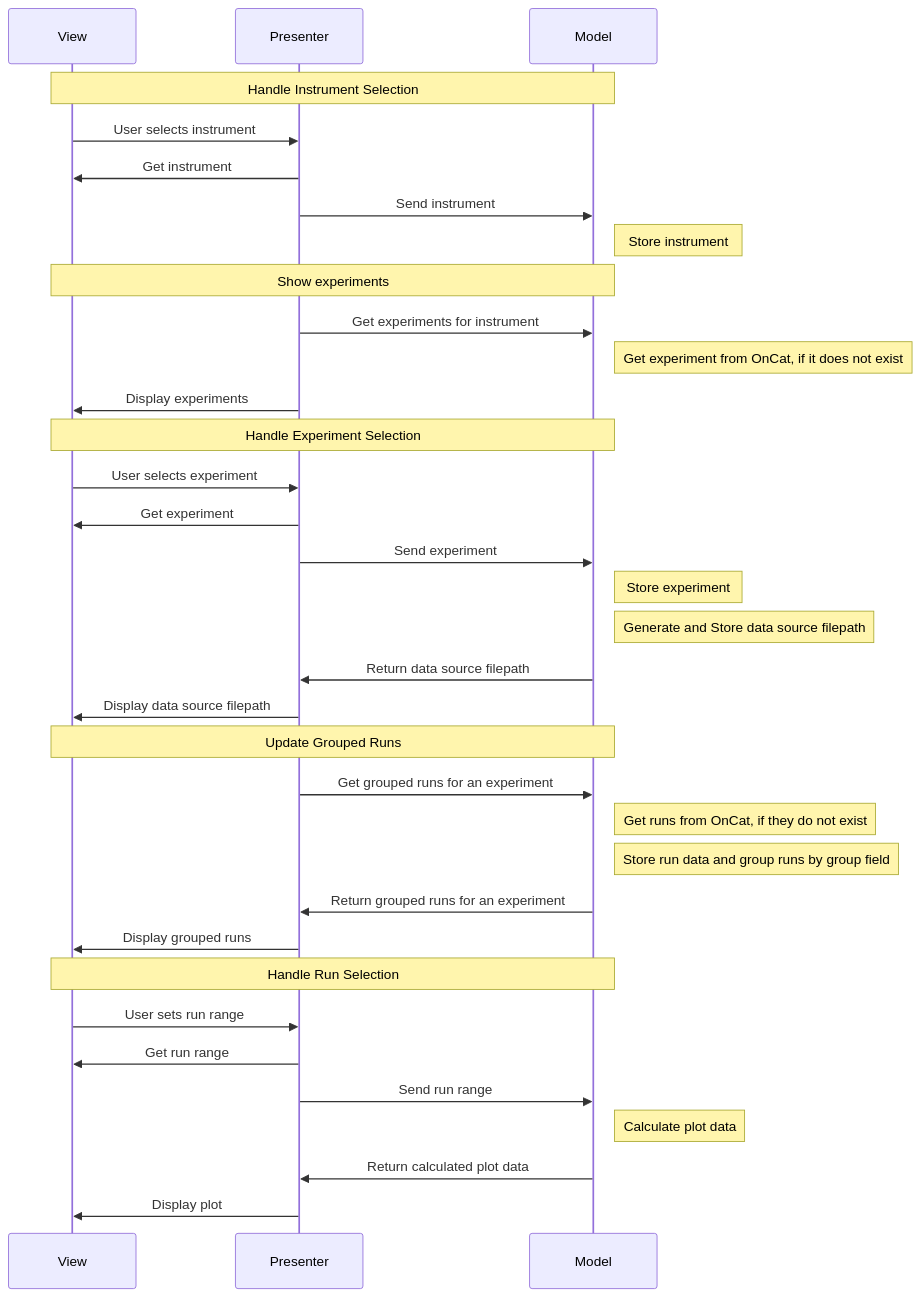
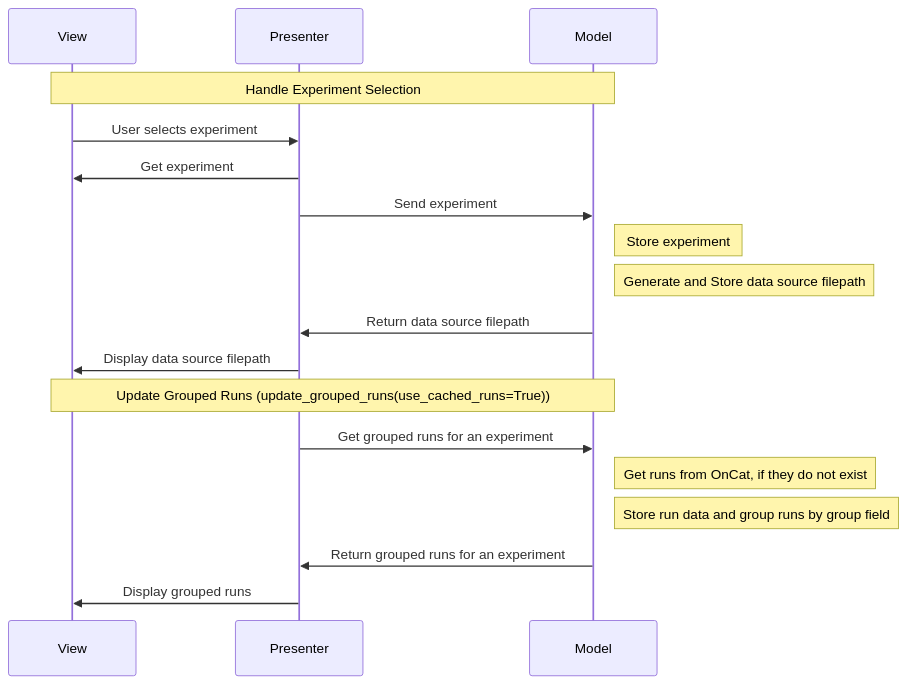
Before and after one commit to neutrons/garnet: the seventh of 9 diagrams in docs/source/design/oncat_mvp.rst, drawn with Mermaid. The commit also changed other lines of this file and 4 other files, not shown here.

```diff
--- a/docs/source/design/oncat_mvp.rst
+++ b/docs/source/design/oncat_mvp.rst
@@ -130,41 +179,21 @@
-.. mermaid::
+    .. mermaid::
 
-    sequenceDiagram
-        participant View
-        participant Presenter
-        participant Model
+        sequenceDiagram
+            participant View
+            participant Presenter
+            participant Model
+            Note over View,Model: Handle Experiment Selection
+            View->>Presenter: User selects experiment
+            Presenter->>View: Get experiment
+            Presenter->>Model: Send experiment
+            Note right of Model: Store experiment
+            Note right of Model: Generate and Store data source filepath
+            Model->>Presenter: Return data source filepath
+            Presenter->>View: Display data source filepath
 
-        Note over View,Model: Handle Instrument Selection
-        View->>Presenter: User selects instrument
-        Presenter->>View: Get instrument
-        Presenter->>Model: Send instrument
-        Note right of Model: Store instrument
-
-        Note over View,Model: Show experiments
-        Presenter->>Model: Get experiments for instrument
-        Note right of Model: Get experiment from OnCat, if it does not exist
-        Presenter->>View: Display experiments
-
-        Note over View,Model: Handle Experiment Selection
-        View->>Presenter: User selects experiment
-        Presenter->>View: Get experiment
-        Presenter->>Model: Send experiment
-        Note right of Model: Store experiment
-        Note right of Model: Generate and Store data source filepath
-        Model->>Presenter: Return data source filepath
-        Presenter->>View: Display data source filepath
-
-        Note over View,Model: Update Grouped Runs
-        Presenter->>Model: Get grouped runs for an experiment
-        Note right of Model: Get runs from OnCat, if they do not exist
-        Note right of Model: Store run data and group runs by group field
-        Model->>Presenter: Return grouped runs for an experiment
-        Presenter->>View: Display grouped runs
-
-        Note over View,Model: Handle Run Selection
-        View->>Presenter: User sets run range
-        Presenter->>View: Get run range
-        Presenter->>Model: Send run range
-        Note right of Model: Calculate plot data
-        Model->>Presenter: Return calculated plot data
-        Presenter->>View: Display plot
+            Note over View,Model: Update Grouped Runs (update_grouped_runs(use_cached_runs=True))
+            Presenter->>Model: Get grouped runs for an experiment
+            Note right of Model: Get runs from OnCat, if they do not exist
+            Note right of Model: Store run data and group runs by group field
+            Model->>Presenter: Return grouped runs for an experiment
+            Presenter->>View: Display grouped runs
```
